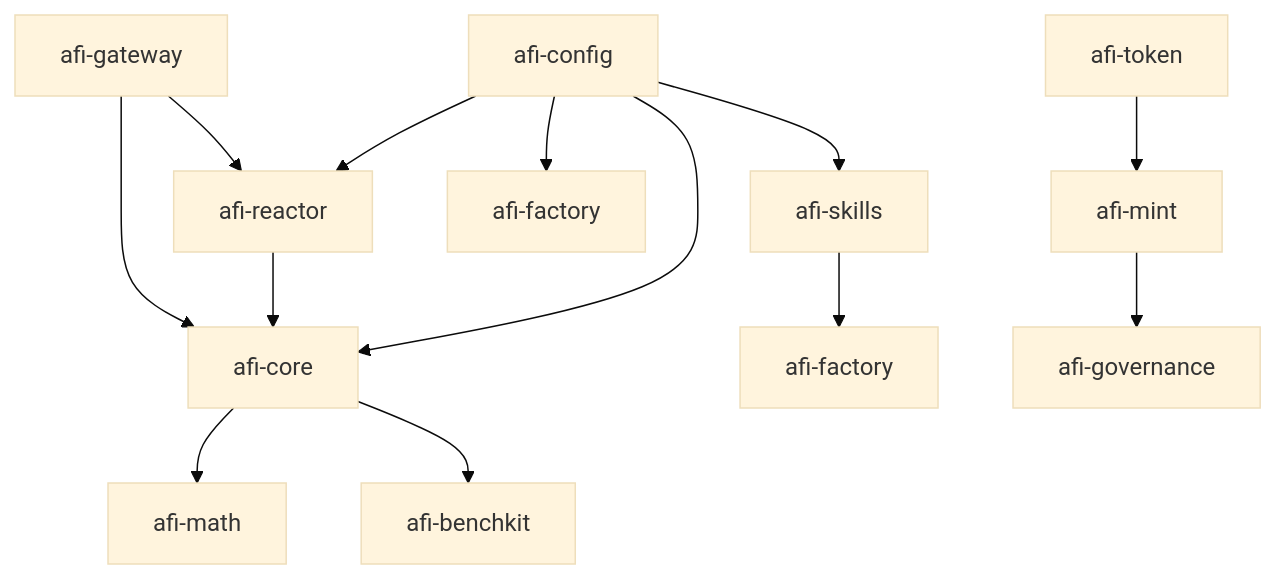
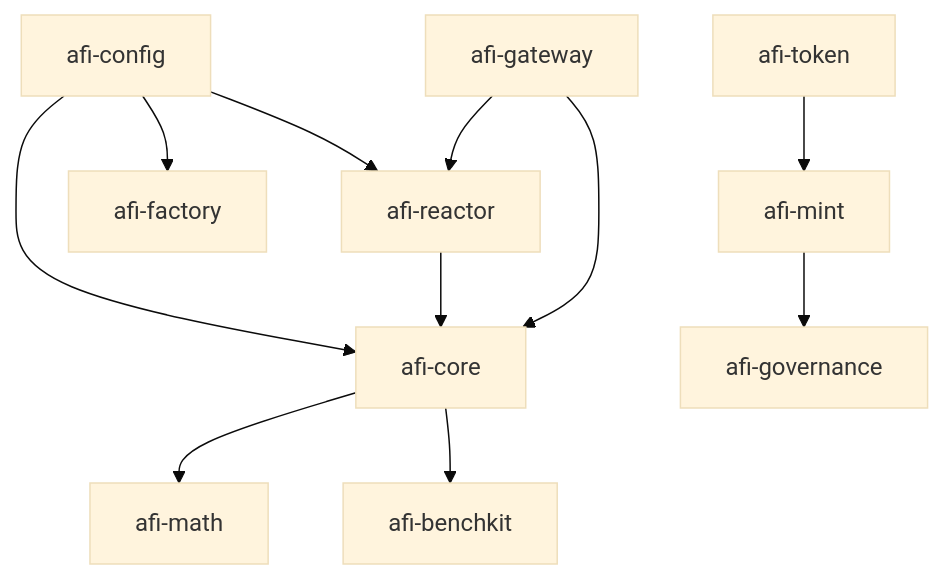
The first of 2 diagrams in agentic_legos_architecture_analysis.md (AFI-Protocol/afi-docs), drawn with Mermaid (base theme) before and after one commit. The commit also changed other lines of this file and 5 other files, not shown here.

First line of the commit message:
chore: remove references to the deleted afi-skills repository

````diff
--- a/agentic_legos_architecture_analysis.md
+++ b/agentic_legos_architecture_analysis.md
@@ -13,20 +13,17 @@
 ```mermaid
 graph TD
     A[afi-config] --> B[afi-core]
     A --> C[afi-reactor]
-    A --> D[afi-skills]
     A --> E[afi-factory]
 
     B --> F[afi-math]
     B --> G[afi-benchkit]
 
     C --> B
 
-    D --> I[afi-factory]
-
     J[afi-gateway] --> C
     J --> B
 
     K[afi-token] --> L[afi-mint]
     L --> M[afi-governance]
 ```
````
